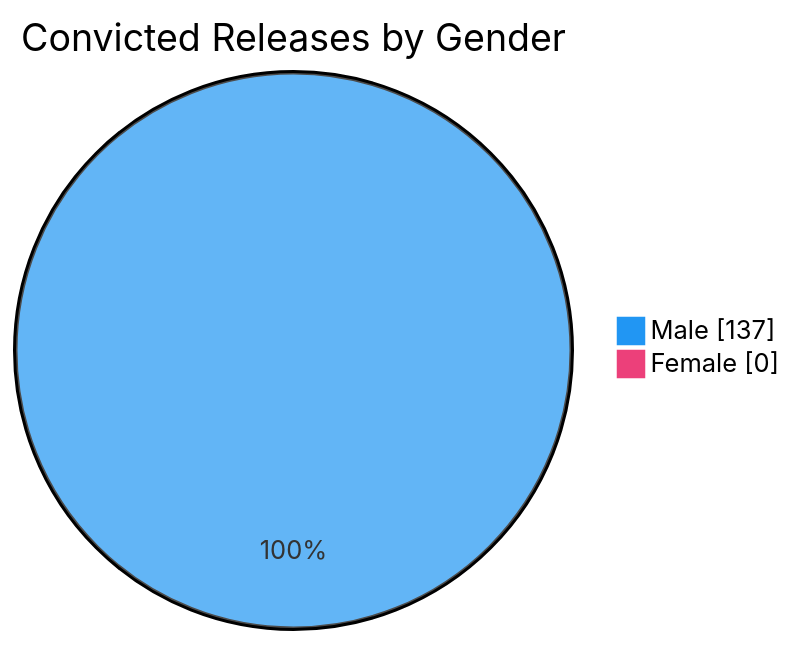
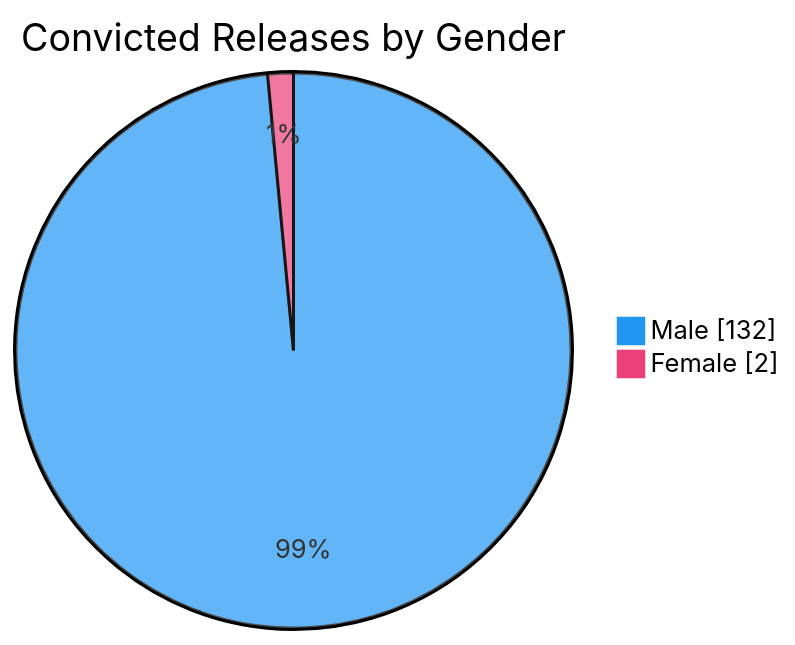
One commit to nuuuwan/lk_prisons changed the sixth of 7 diagrams in README.md. Above: the diagram before and after it, drawn with Mermaid. The commit also changed other lines of this file and 1 other file, not shown here.

````diff
--- a/README.md
+++ b/README.md
@@ -98,6 +98,6 @@
 ```mermaid
 %%{init: {'themeVariables': {'pie1': '#2196F3', 'pie2': '#EC407A'}}}%%
 pie showData title Convicted Releases by Gender
-    "Male" : 137
-    "Female" : 0
+    "Male" : 132
+    "Female" : 2
 ```
````
